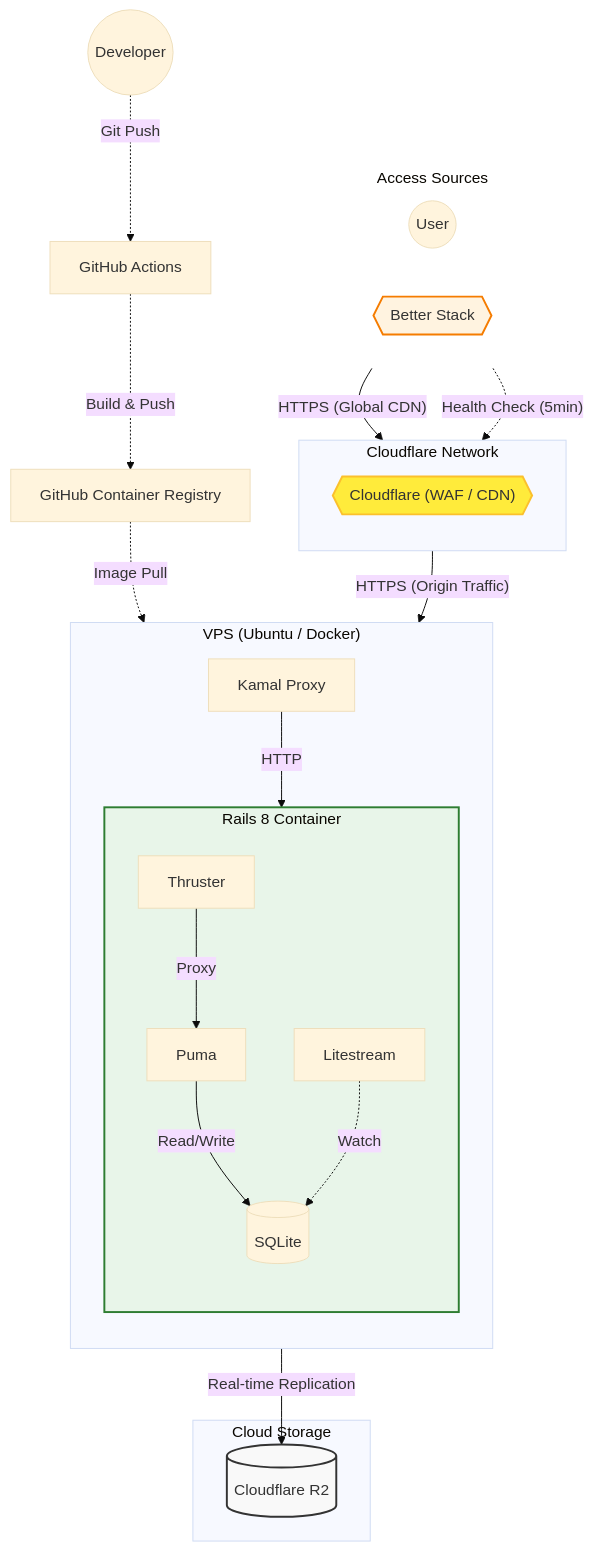
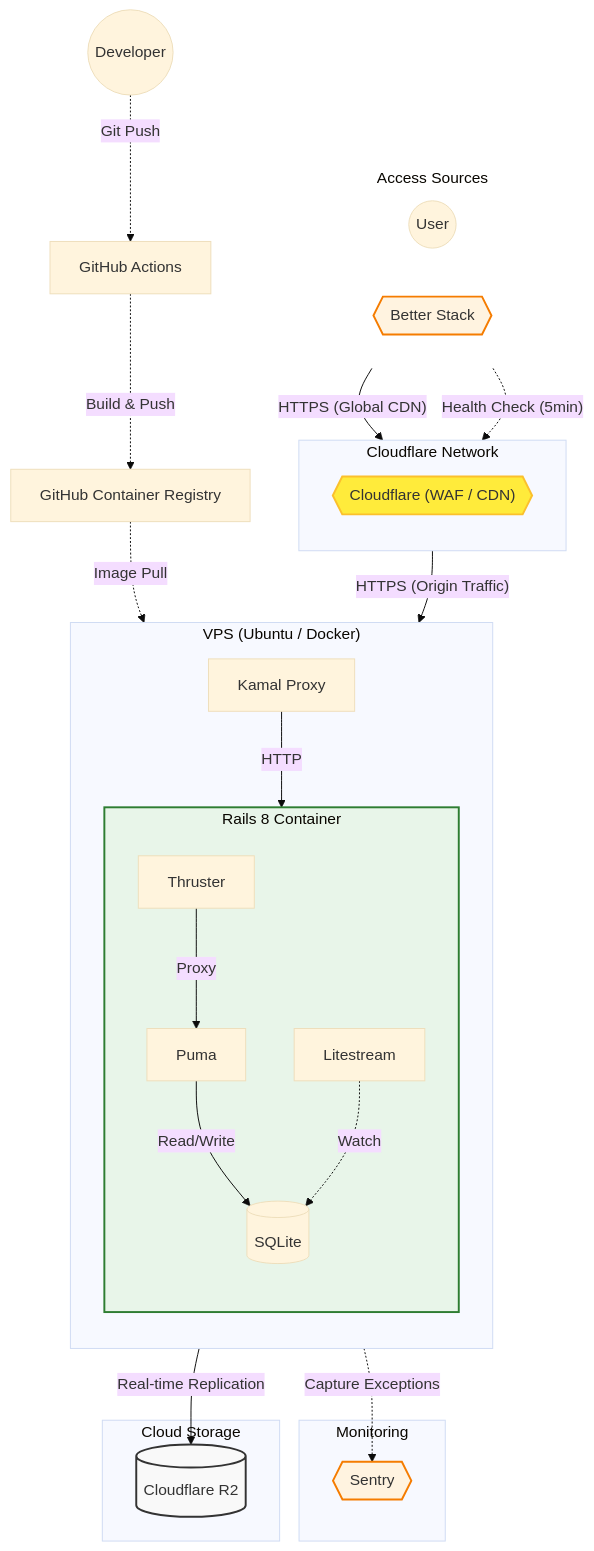
Before and after one commit to php8-study/php8-study-app: the second of 2 diagrams in README.md, drawn with Mermaid (base theme). The commit also changed other lines of this file, not shown here.

````diff
--- a/README.md
+++ b/README.md
@@ -202,51 +190,57 @@
 ```mermaid
 graph TD
     classDef cloud fill:#f9f9f9,stroke:#333,stroke-width:2px;
     classDef cf fill:#ffeb3b,stroke:#fbc02d,stroke-width:2px;
     classDef storage fill:#e1f5fe,stroke:#0277bd,stroke-width:2px;
     classDef app fill:#e8f5e9,stroke:#2e7d32,stroke-width:2px;
     classDef monitor fill:#fff3e0,stroke:#f57c00,stroke-width:2px;
 
     subgraph Access ["Access Sources"]
         direction LR
         style Access fill:transparent,stroke:none
         User((User))
         BetterStack{{"Better Stack"}}:::monitor
     end
 
     subgraph Security ["Cloudflare Network"]
         direction TB
         Cloudflare{{"Cloudflare (WAF / CDN)"}}:::cf
     end
 
     User -->|"HTTPS (Global CDN)"| Cloudflare
     BetterStack -.->|"Health Check (5min)"| Cloudflare
 
     Cloudflare -->|"HTTPS (Origin Traffic)"| KamalProxy
 
     subgraph VPS ["VPS (Ubuntu / Docker)"]
         direction TB
         KamalProxy["Kamal Proxy"] -->|HTTP| Thruster
 
         subgraph AppContainer ["Rails 8 Container"]
             direction TB
             Thruster["Thruster"] -->|Proxy| Puma["Puma"]
             Puma -->|"Read/Write"| SQLite[("SQLite")]
 
             Litestream["Litestream"] -.->|Watch| SQLite
         end
     end
 
+    subgraph Monitoring ["Monitoring"]
+        Sentry{{"Sentry"}}:::monitor
+    end
+
+    Puma -.->|"Capture Exceptions"| Sentry
+
     subgraph Storage ["Cloud Storage"]
         R2[("Cloudflare R2")]:::storage
     end
 
     Litestream -->|"Real-time Replication"| R2
 
     Dev((Developer)) -.->|"Git Push"| GitHub["GitHub Actions"]
     GitHub -.->|"Build & Push"| Registry["GitHub Container Registry"]
     Registry -.->|"Image Pull"| VPS
 
     class R2 cloud
     class AppContainer app
 ```
````
